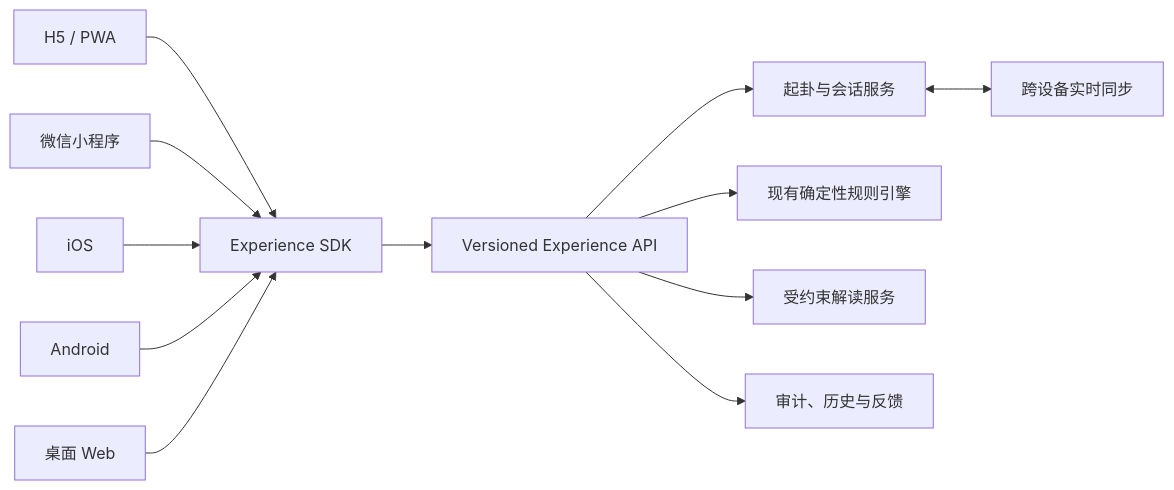
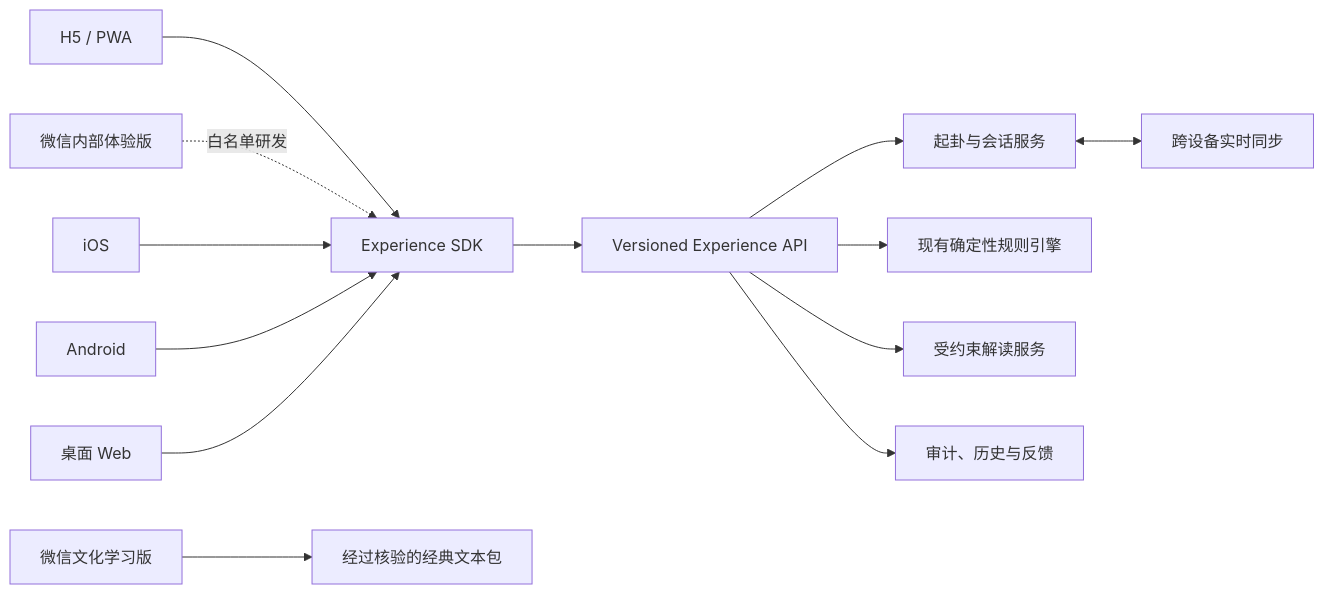
Before and after one commit to Github37525/ai-divination-system: the diagram in divination_system_prd_v3.md, drawn with Mermaid. The commit also changed other lines of this file and 31 other files, not shown here.

````diff
--- a/divination_system_prd_v3.md
+++ b/divination_system_prd_v3.md
@@ -320,14 +329,15 @@
 ```mermaid
 flowchart LR
     H5[H5 / PWA] --> SDK[Experience SDK]
-    MP[微信小程序] --> SDK
+    LAB[微信内部体验版] -. 白名单研发 .-> SDK
     IOS[iOS] --> SDK
     AND[Android] --> SDK
     DESK[桌面 Web] --> SDK
+    MP[微信文化学习版] --> CLASSIC[经过核验的经典文本包]
     SDK --> API[Versioned Experience API]
     API --> CAST[起卦与会话服务]
     API --> RULE[现有确定性规则引擎]
     API --> LLM[受约束解读服务]
     API --> AUDIT[审计、历史与反馈]
     CAST <--> SYNC[跨设备实时同步]
 ```
````
